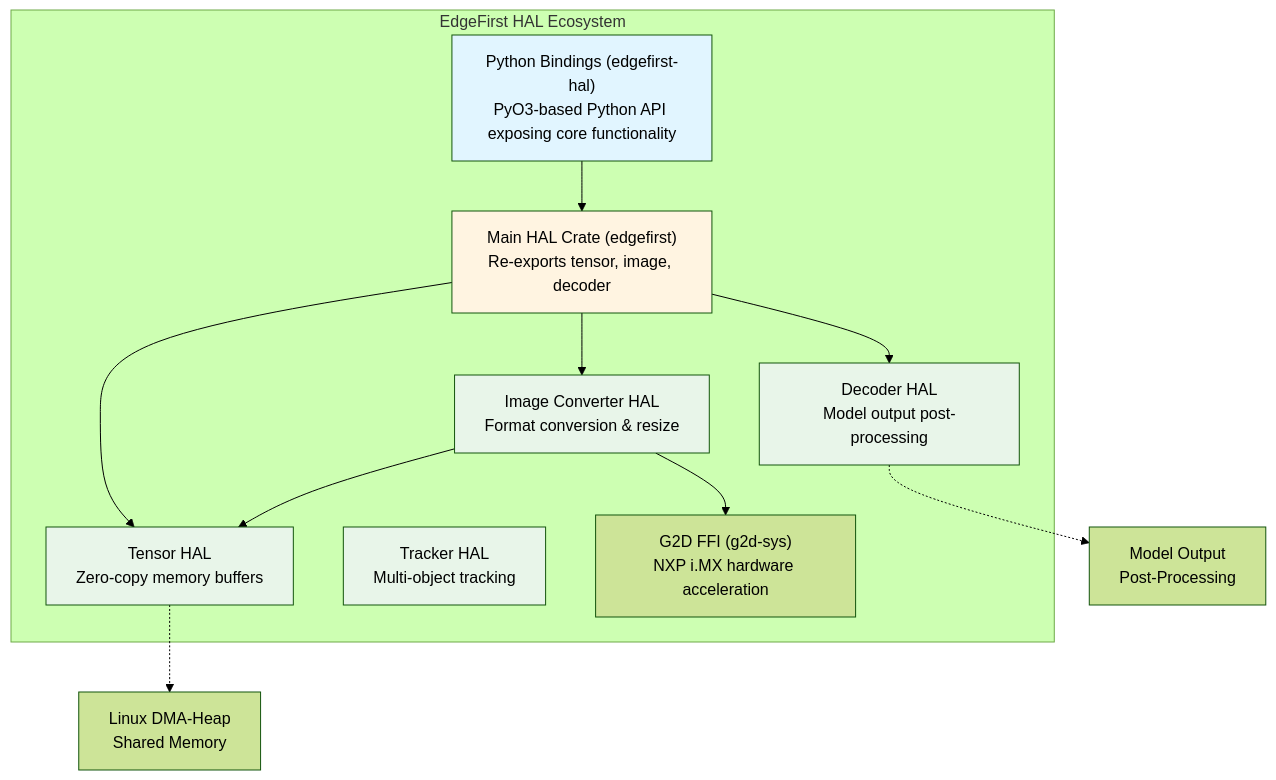
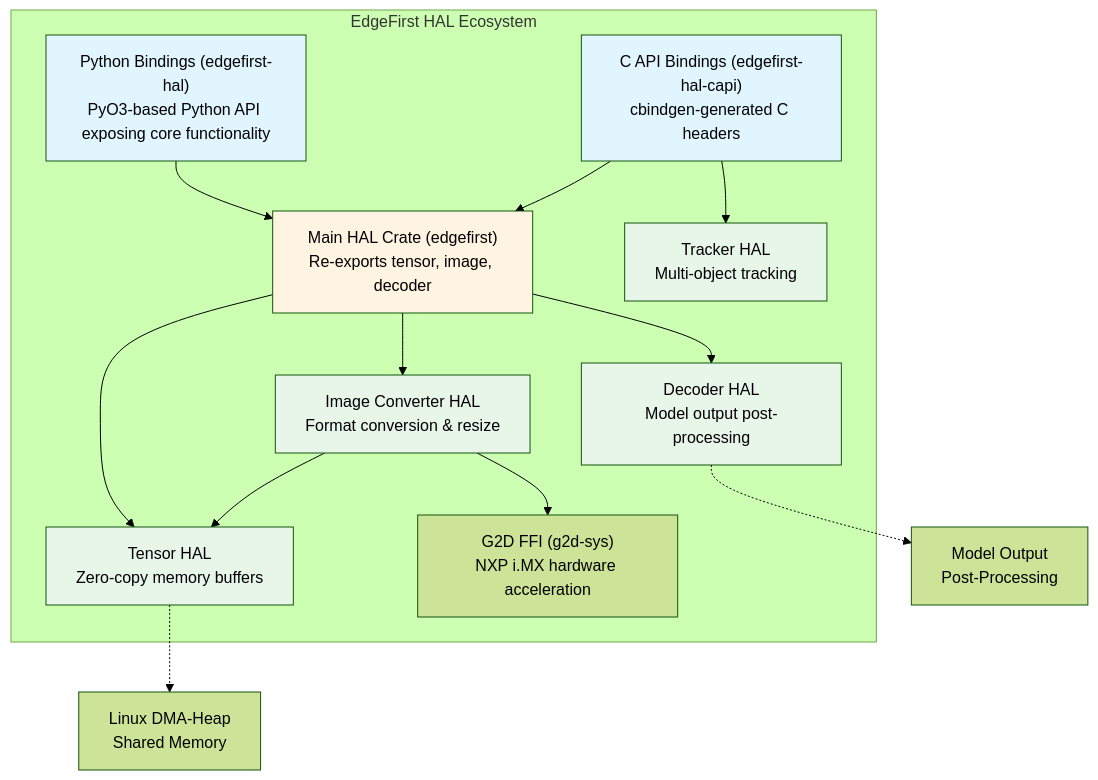
One commit to EdgeFirstAI/hal changed the first of 11 diagrams in README.md. Above: the diagram before and after it, drawn with Mermaid (forest theme). The commit also changed other lines of this file and 7 other files, not shown here.

````diff
--- a/README.md
+++ b/README.md
@@ -76,31 +76,35 @@
 ```mermaid
 graph TB
     subgraph "EdgeFirst HAL Ecosystem"
         Python["Python Bindings (edgefirst-hal)<br/>PyO3-based Python API exposing core functionality"]
+        CAPI["C API Bindings (edgefirst-hal-capi)<br/>cbindgen-generated C headers"]
         Main["Main HAL Crate (edgefirst)<br/>Re-exports tensor, image, decoder"]
-        
+
         Python --> Main
-        
+        CAPI --> Main
+
         Tensor["Tensor HAL<br/>Zero-copy memory buffers"]
         Image["Image Converter HAL<br/>Format conversion & resize"]
         Decoder["Decoder HAL<br/>Model output post-processing"]
         Tracker["Tracker HAL<br/>Multi-object tracking"]
-        
+
         Main --> Tensor
         Main --> Image
         Main --> Decoder
-        
+        CAPI --> Tracker
+
         Image --> Tensor
         Image --> G2D["G2D FFI (g2d-sys)<br/>NXP i.MX hardware acceleration"]
     end
-    
+
     Tensor -.-> DMA["Linux DMA-Heap<br/>Shared Memory"]
     Decoder -.-> PostProc["Model Output<br/>Post-Processing"]
-    
+
     style Python fill:#e1f5ff
+    style CAPI fill:#e1f5ff
     style Main fill:#fff4e1
     style Tensor fill:#e8f5e9
     style Image fill:#e8f5e9
     style Decoder fill:#e8f5e9
     style Tracker fill:#e8f5e9
 ```
````
